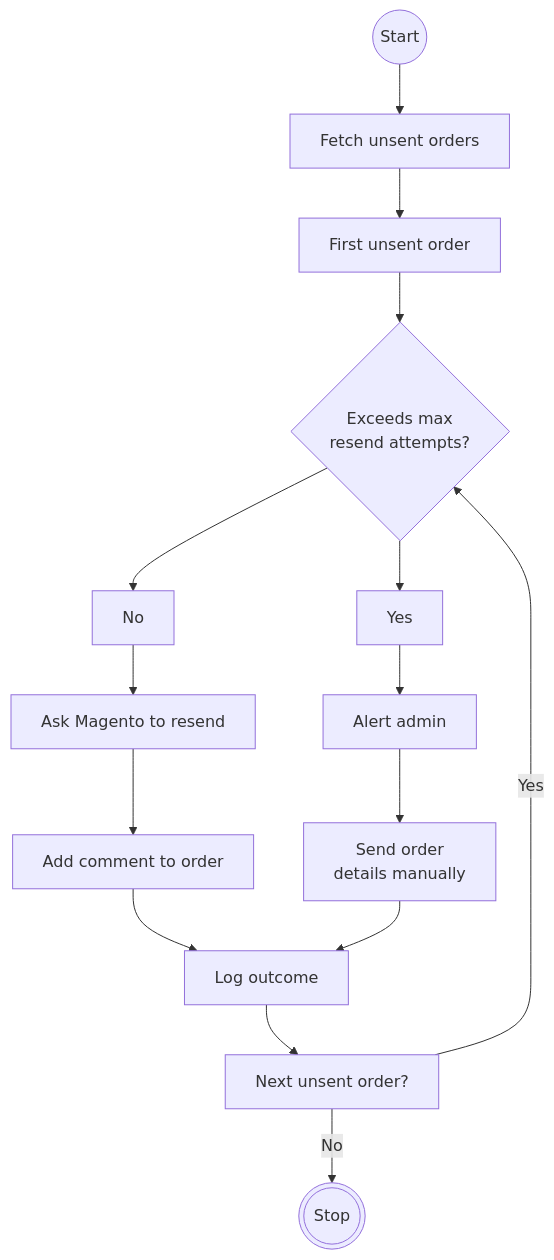
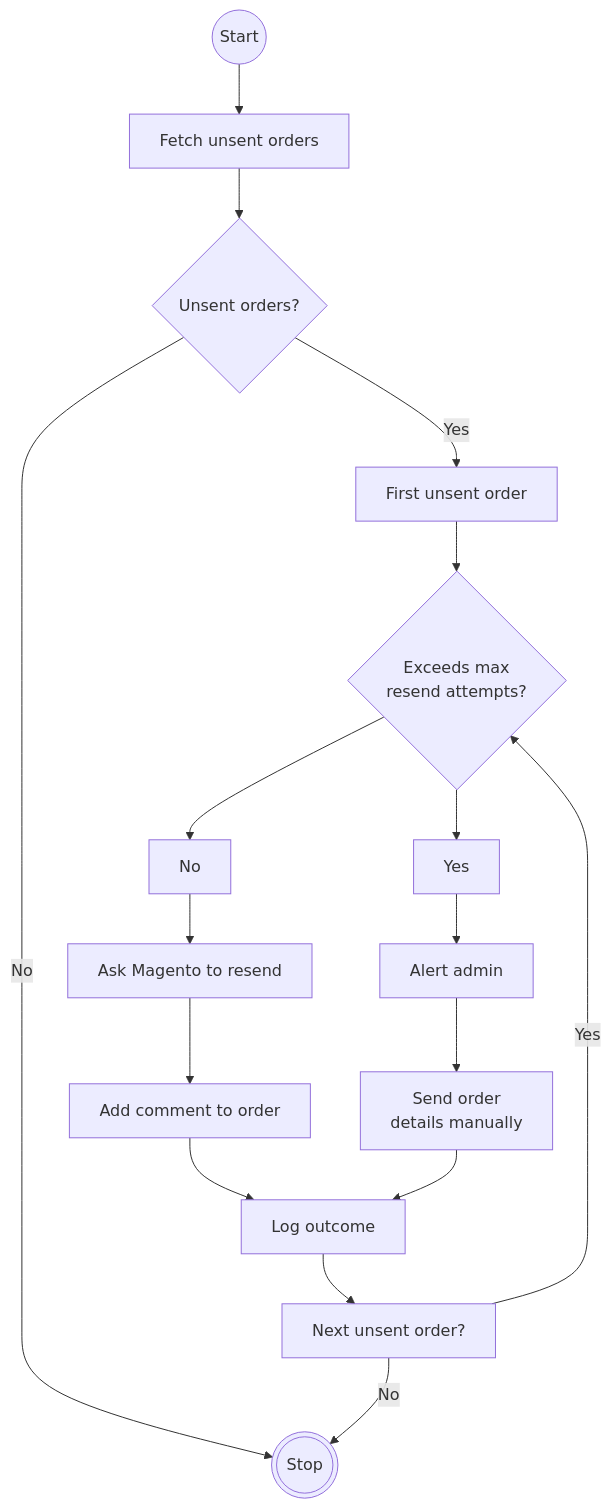
The diagram in README.md (FFD-Group/OrderEmailResender), drawn with Mermaid before and after one commit.

Commit message:
Added outer decision node

````diff
--- a/README.md
+++ b/README.md
@@ -4,19 +4,21 @@
 ```mermaid
 graph TD;
     script((Start)) --> web[Fetch unsent orders];
-    web --> order[First unsent order]
+    web --> worktodo{Unsent orders?}
+    worktodo --> |Yes| order[First unsent order]
+    worktodo --> |No| j
     order --> a{"`Exceeds max
             resend attempts?`"};
     a --> b[Yes];
     a --> c[No];
     b --> d[Alert admin]
     d --> e["`Send order
             details manually`"]
     c --> f[Ask Magento to resend]
     f --> g[Add comment to order]
     g --> h[Log outcome]
     e --> h
     h --> i[Next unsent order?]
     i --> |Yes| a
     i --> |No| j(((Stop)))
 ```
````
